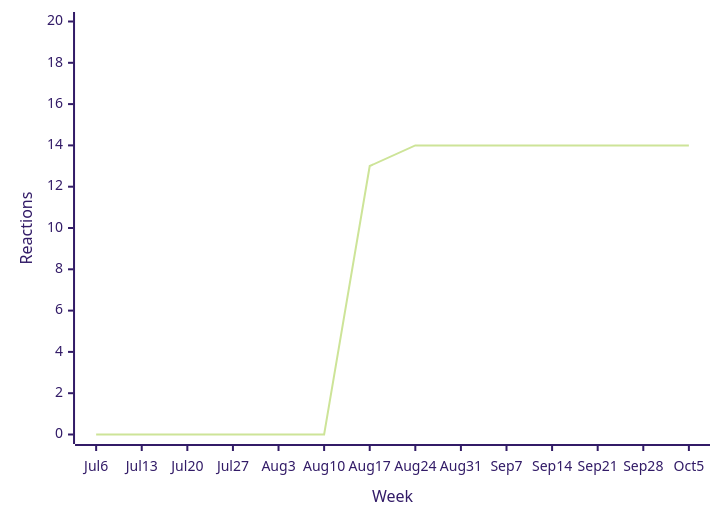
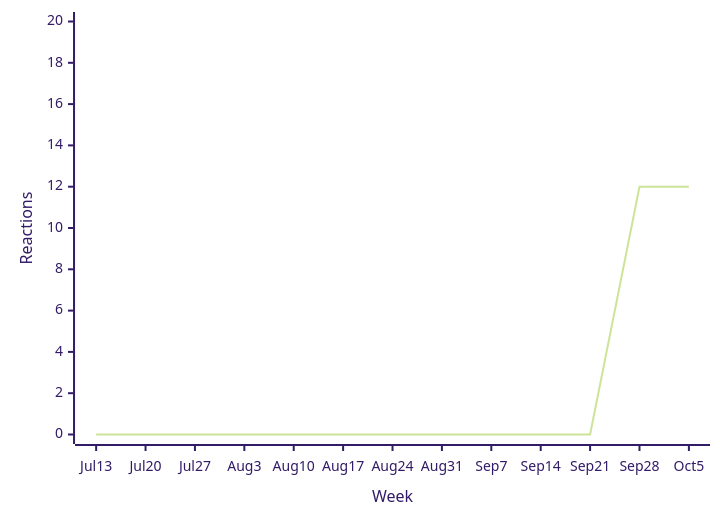
Diagram 11 of 34 in README.md (loic-sharma/github-insights), drawn with Mermaid (forest theme) before and after one commit. The commit also changed other lines of this file and 3 other files, not shown here.

````diff
--- a/README.md
+++ b/README.md
@@ -494,6 +494,6 @@
   ```mermaid
   xychart-beta
-    x-axis "Week" [Jul 6, Jul 13, Jul 20, Jul 27, Aug 3, Aug 10, Aug 17, Aug 24, Aug 31, Sep 7, Sep 14, Sep 21, Sep 28, Oct 5]
+    x-axis "Week" [Jul 13, Jul 20, Jul 27, Aug 3, Aug 10, Aug 17, Aug 24, Aug 31, Sep 7, Sep 14, Sep 21, Sep 28, Oct 5]
     y-axis "Reactions" 0 --> 20
-    line [0, 0, 0, 0, 0, 0, 13, 14, 14, 14, 14, 14, 14, 14]
+    line [0, 0, 0, 0, 0, 0, 0, 0, 0, 0, 0, 12, 12]
   ```
````
